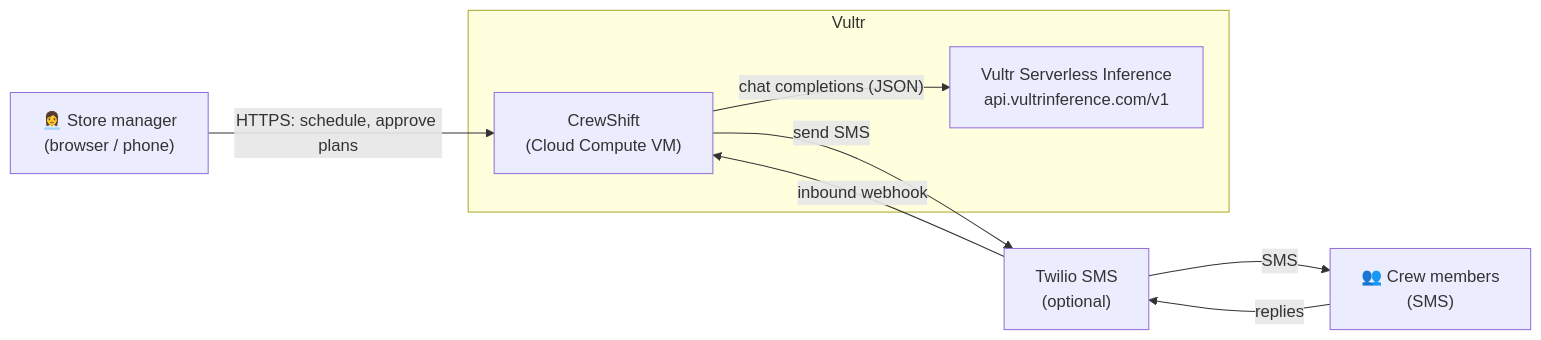
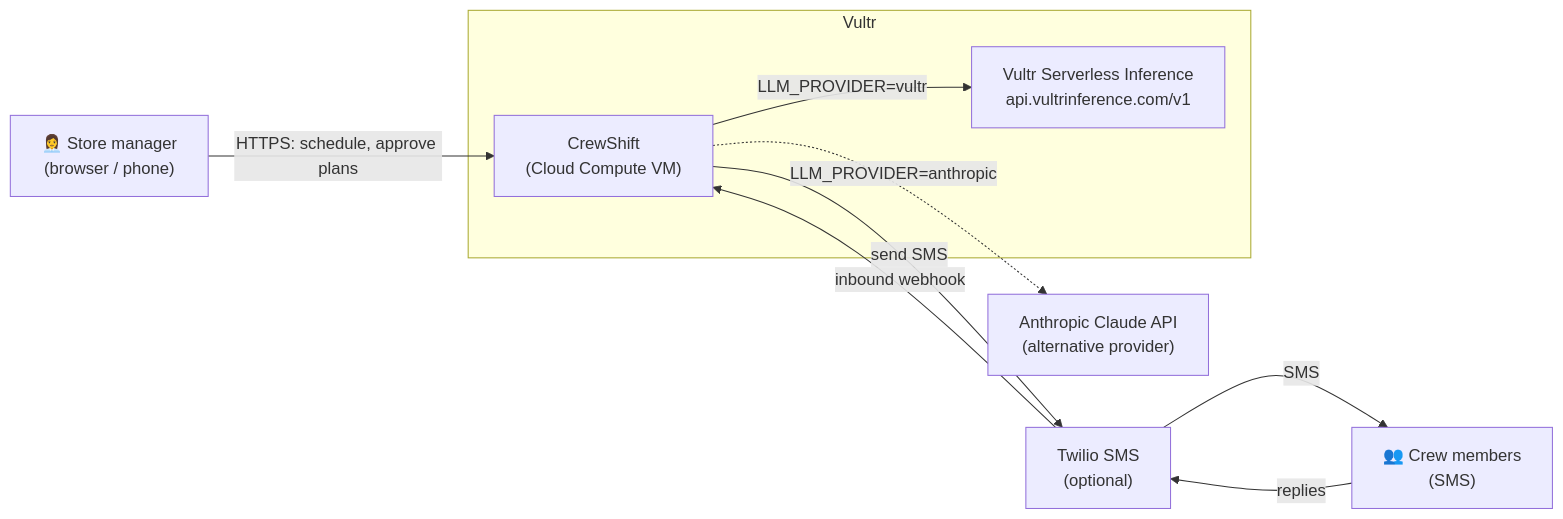
The first of 6 diagrams in plan/architecture.md (DonCastillo/Vultr-Hackathon), drawn with Mermaid before and after one commit. The commit also changed other lines of this file and 4 other files, not shown here.

First line of the commit message:
Support dual LLM providers (Anthropic Claude + Vultr Inference) with environment-based switching

````diff
--- a/plan/architecture.md
+++ b/plan/architecture.md
@@ -11,19 +11,22 @@
 ```mermaid
 flowchart LR
     Manager["👩‍💼 Store manager<br/>(browser / phone)"]
     Crew["👥 Crew members<br/>(SMS)"]
 
     subgraph Vultr["Vultr"]
         App["CrewShift<br/>(Cloud Compute VM)"]
         LLM["Vultr Serverless Inference<br/>api.vultrinference.com/v1"]
     end
 
+    Claude["Anthropic Claude API<br/>(alternative provider)"]
+
     Twilio["Twilio SMS<br/>(optional)"]
 
     Manager -- "HTTPS: schedule, approve plans" --> App
-    App -- "chat completions (JSON)" --> LLM
+    App -- "LLM_PROVIDER=vultr" --> LLM
+    App -. "LLM_PROVIDER=anthropic" .-> Claude
     App -- "send SMS" --> Twilio
     Twilio -- "SMS" --> Crew
     Crew -- "replies" --> Twilio
     Twilio -- "inbound webhook" --> App
 ```
````
